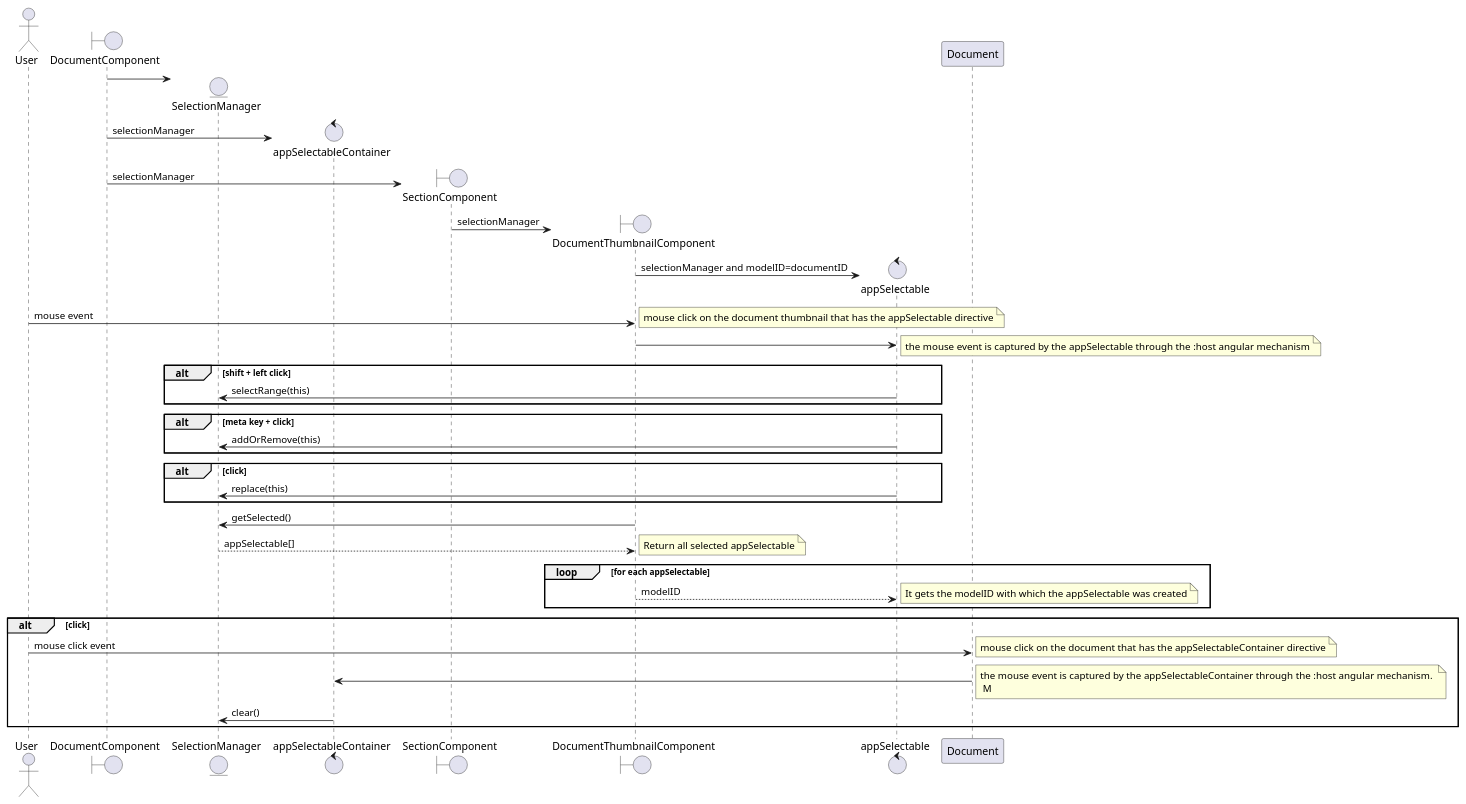
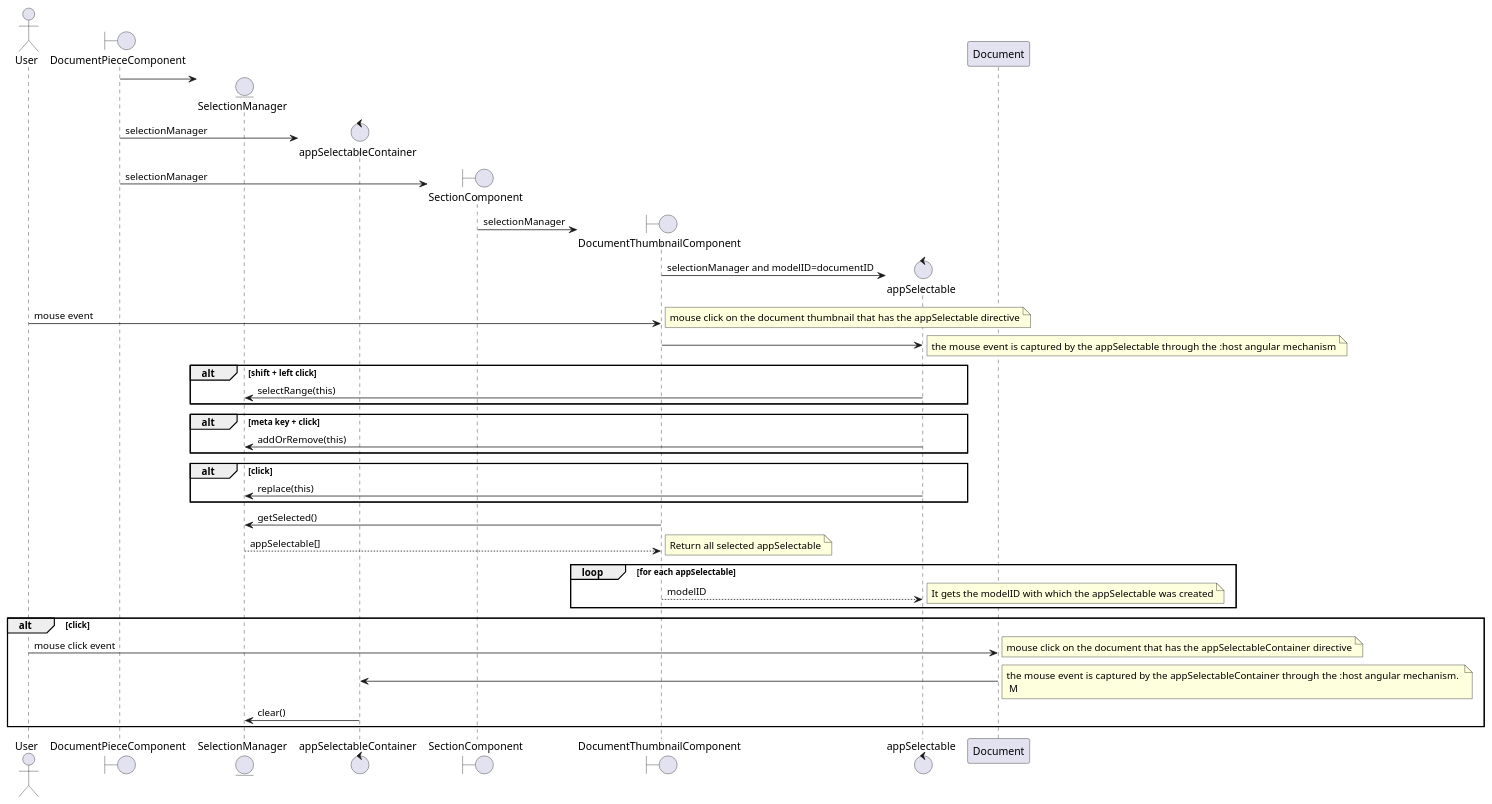
Diagram 17 of 17 in documentation/puml/angular.puml (HISPAMUS/muret), drawn with PlantUML before and after one commit. The commit also changed other lines of this file and 30 other files, not shown here.

```diff
--- a/documentation/puml/angular.puml
+++ b/documentation/puml/angular.puml
@@ -604,44 +604,44 @@
 @startuml selectable_sequence
 actor User
-boundary DocumentComponent
+boundary DocumentPieceComponent
 create entity SelectionManager
-DocumentComponent -> SelectionManager
+DocumentPieceComponent -> SelectionManager
 create control appSelectableContainer
-DocumentComponent -> appSelectableContainer : selectionManager
+DocumentPieceComponent -> appSelectableContainer : selectionManager
 create boundary SectionComponent
-DocumentComponent -> SectionComponent : selectionManager
+DocumentPieceComponent -> SectionComponent : selectionManager
 create boundary DocumentThumbnailComponent
 SectionComponent -> DocumentThumbnailComponent : selectionManager
 create control appSelectable
 DocumentThumbnailComponent -> appSelectable : selectionManager and modelID=documentID
 User -> DocumentThumbnailComponent: mouse event
 note right : mouse click on the document thumbnail that has the appSelectable directive
 DocumentThumbnailComponent -> appSelectable
 note right : the mouse event is captured by the appSelectable through the :host angular mechanism
 alt shift + left click
   appSelectable -> SelectionManager: selectRange(this)
 end
 alt meta key + click
   appSelectable -> SelectionManager: addOrRemove(this)
 end
 alt click
   appSelectable -> SelectionManager: replace(this)
 end
 DocumentThumbnailComponent -> SelectionManager: getSelected()
 SelectionManager --> DocumentThumbnailComponent: appSelectable[]
 note right : Return all selected appSelectable
 loop for each appSelectable
   DocumentThumbnailComponent --> appSelectable: modelID
   note right : It gets the modelID with which the appSelectable was created
 end  
 
 alt click
   User -> Document: mouse click event
   note right : mouse click on the document that has the appSelectableContainer directive
   Document -> appSelectableContainer
   note right : the mouse event is captured by the appSelectableContainer through the :host angular mechanism. \n M
   appSelectableContainer -> SelectionManager: clear()
 end
 
 
 @enduml
```
